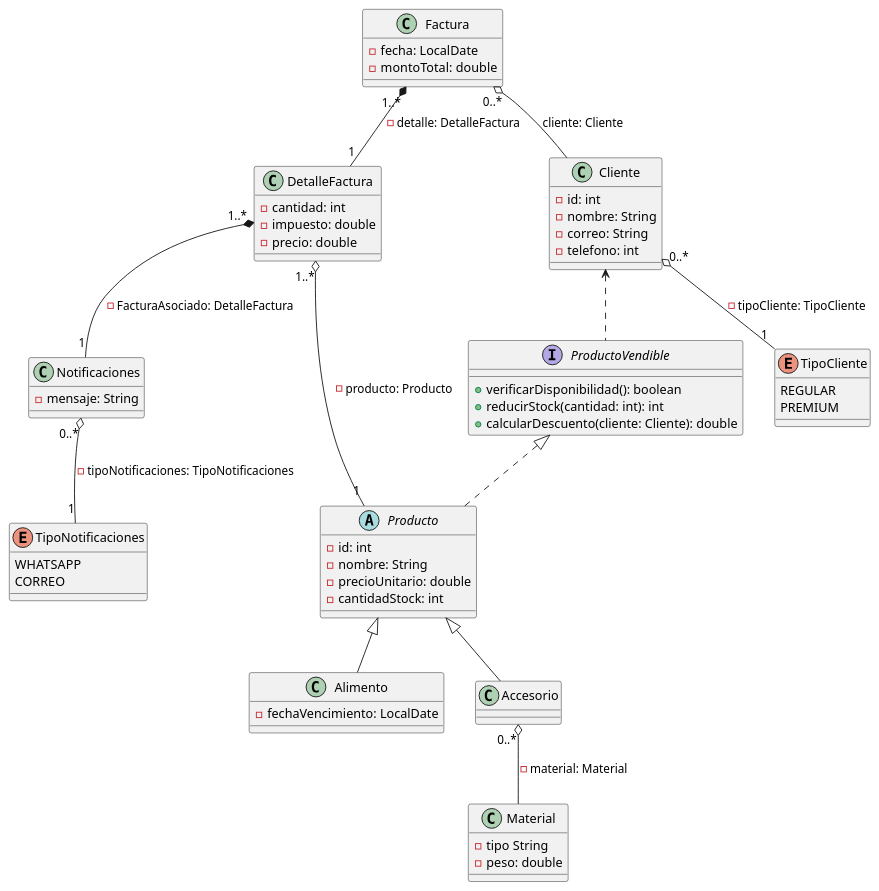
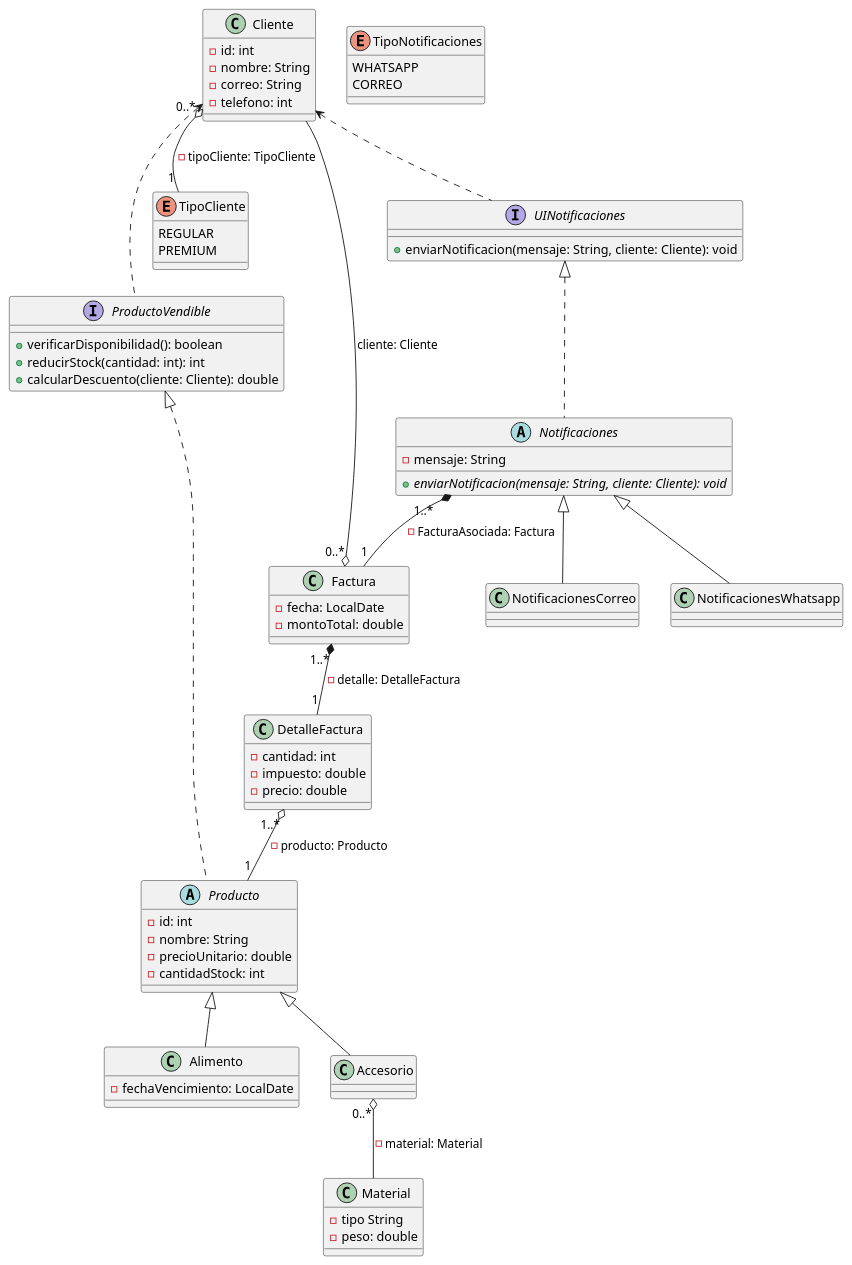
The diagram in vm04_PetWorld/docs/PetWorld.puml (Badjavii/oop-practices), drawn with PlantUML before and after one commit. The commit also changed 16 other files, not shown here.

```diff
--- a/vm04_PetWorld/docs/PetWorld.puml
+++ b/vm04_PetWorld/docs/PetWorld.puml
@@ -1,83 +1,101 @@
 @startuml
 
 class DetalleFactura{
     -cantidad: int
     -impuesto: double
     -precio: double
 }
 
 class Factura{
     -fecha: LocalDate
     -montoTotal: double
 }
 
 class Cliente{
     -id: int
     -nombre: String
     -correo: String
     -telefono: int
 }
 
 enum TipoCliente{
     REGULAR
     PREMIUM
 }
 
 abstract class Producto{
     -id: int
     -nombre: String
     -precioUnitario: double
     -cantidadStock: int
 
 }
 
 class Alimento{
     -fechaVencimiento: LocalDate
 }
 
 class Accesorio{
 
 }
 
 interface ProductoVendible{
     +verificarDisponibilidad(): boolean
     +reducirStock(cantidad: int): int
     +calcularDescuento(cliente: Cliente): double
 }
 
 class Material{
     -tipo String
     -peso: double
 }
 
 enum TipoNotificaciones{
     WHATSAPP
     CORREO
 }
 
-class Notificaciones{
+interface UINotificaciones{
+    +enviarNotificacion(mensaje: String, cliente: Cliente): void
+}
+
+abstract class Notificaciones{
     -mensaje: String
+
+    +{abstract}enviarNotificacion(mensaje: String, cliente: Cliente): void
+}
+
+class NotificacionesWhatsapp{
+
+}
+
+class NotificacionesCorreo{
+
 }
 
 
 Factura "1..*" *-- "1" DetalleFactura: -detalle: DetalleFactura
 
 DetalleFactura "1..*" o-- "1" Producto: -producto: Producto
 
 Producto <|-- Alimento
 Producto <|-- Accesorio
 
 Accesorio "0..*" o-- Material: -material: Material
 
 Factura "0..*" o-- Cliente: cliente: Cliente
 
 Cliente <.. ProductoVendible
 
 ProductoVendible <|.. Producto
 
 Cliente "0..*" o-- "1" TipoCliente: -tipoCliente: TipoCliente
 
-Notificaciones "0..*" o-- "1" TipoNotificaciones: -tipoNotificaciones: TipoNotificaciones
-DetalleFactura "1..*" *--  "1" Notificaciones: -FacturaAsociado: DetalleFactura
+Cliente <.. UINotificaciones
+
+UINotificaciones <|.. Notificaciones
+Notificaciones <|-- NotificacionesWhatsapp
+Notificaciones <|-- NotificacionesCorreo
+Notificaciones "1..*" *-- "1" Factura: -FacturaAsociada: Factura
 
 @enduml
```
